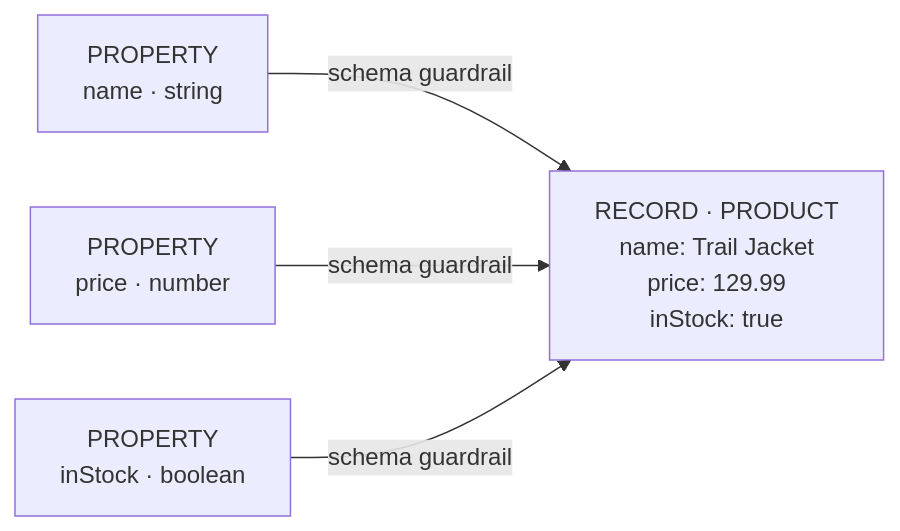
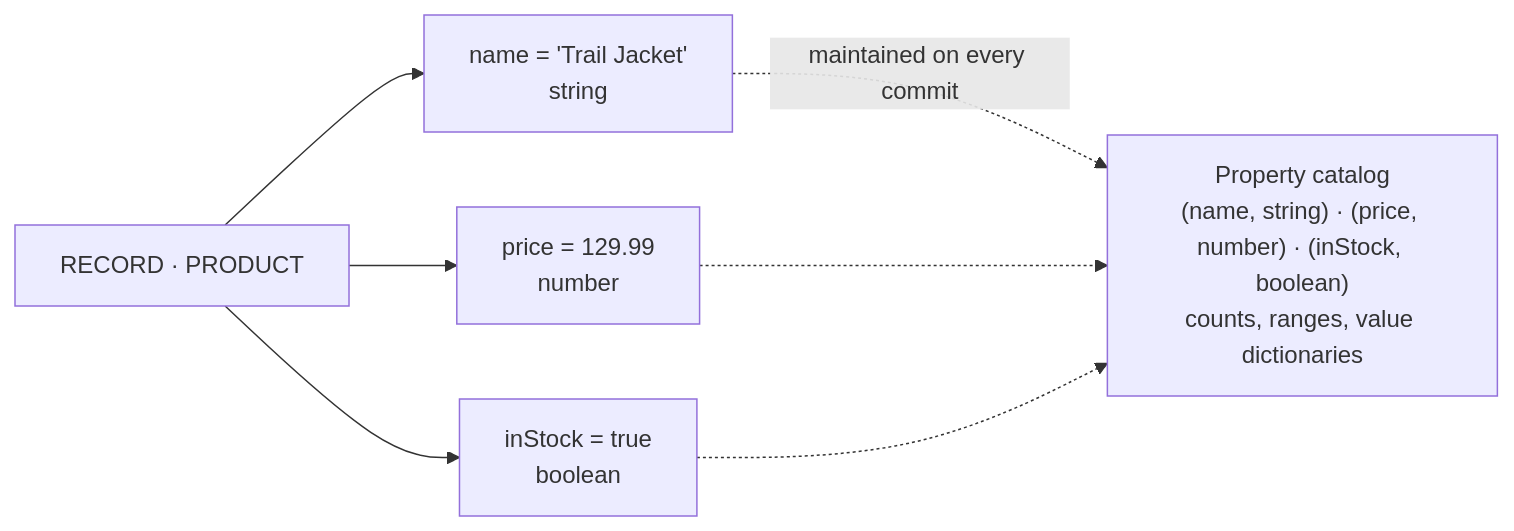
The diagram in docs/learn/records-and-queries/labeled-meta-property-graph.mdx (rush-db/docs), drawn with Mermaid before and after one commit. The commit also changed other lines of this file and 623 other files, not shown here.

````diff
--- a/docs/learn/records-and-queries/labeled-meta-property-graph.mdx
+++ b/docs/learn/records-and-queries/labeled-meta-property-graph.mdx
@@ -37,11 +36,15 @@
 ```mermaid
 graph LR
-  P1["PROPERTY<br/>name · string"]
-  P2["PROPERTY<br/>price · number"]
-  P3["PROPERTY<br/>inStock · boolean"]
-  R["RECORD · PRODUCT<br/>name: Trail Jacket<br/>price: 129.99<br/>inStock: true"]
+  R["RECORD · PRODUCT"]
+  O1["name = 'Trail Jacket'<br/>string"]
+  O2["price = 129.99<br/>number"]
+  O3["inStock = true<br/>boolean"]
+  C["Property catalog<br/>(name, string) · (price, number) · (inStock, boolean)<br/>counts, ranges, value dictionaries"]
 
-  P1 -->|"schema guardrail"| R
-  P2 -->|"schema guardrail"| R
-  P3 -->|"schema guardrail"| R
+  R --> O1
+  R --> O2
+  R --> O3
+  O1 -. "maintained on every commit" .-> C
+  O2 -.-> C
+  O3 -.-> C
 ```
````
